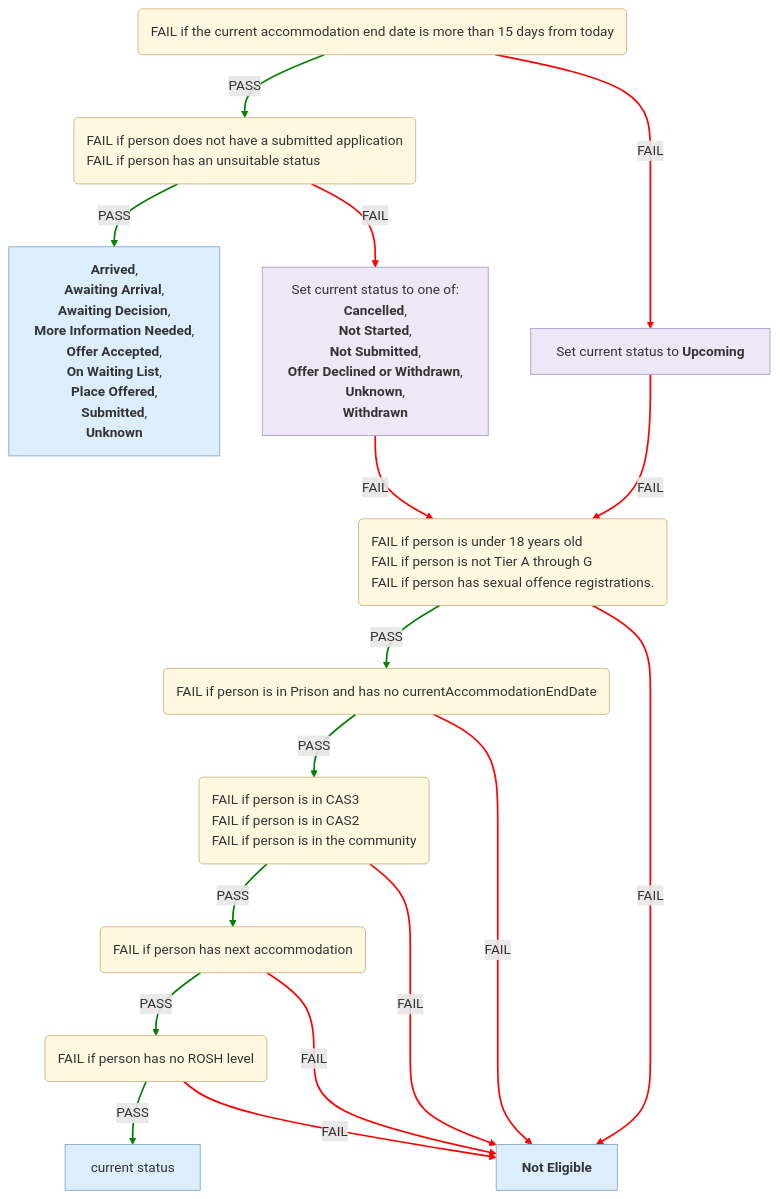
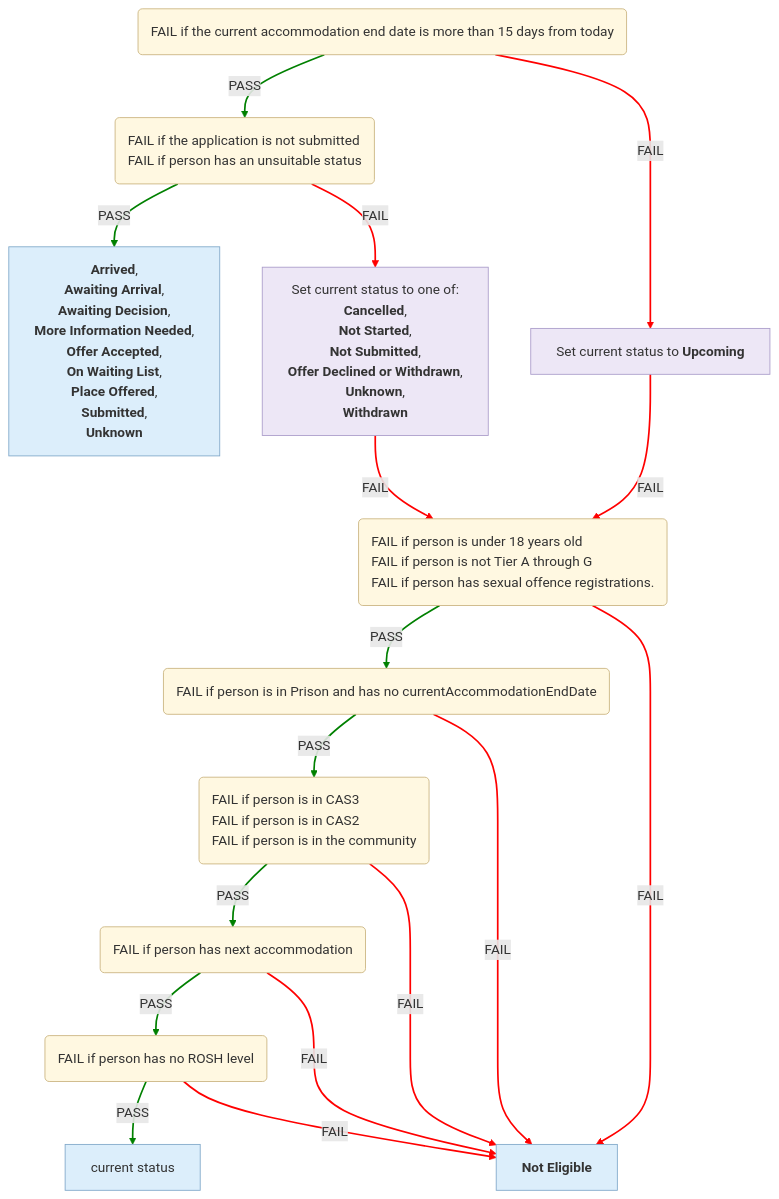
Before and after one commit to ministryofjustice/hmpps-single-accommodation-service-api: the second of 6 diagrams in docs/eligibility-rules-graph.md, drawn with Mermaid. The commit also changed other lines of this file, not shown here.

Commit message:
chore/SAS-1544-Make-language-more-natural-for-Fail-descriptions

````diff
--- a/docs/eligibility-rules-graph.md
+++ b/docs/eligibility-rules-graph.md
@@ -155,59 +135,59 @@
 ```mermaid
 %%{init: {"flowchart": {"wrappingWidth": 800}}}%%
 flowchart TD
   Upcoming("<div style='text-align:left'>FAIL if the current accommodation end date is more than 15 days from today</div>")
-  Suitability("<div style='text-align:left'>FAIL if person does not have a submitted application
+  Suitability("<div style='text-align:left'>FAIL if the application is not submitted
 FAIL if person has an unsuitable status</div>")
   outcome_Cas2CompletionContextUpdater["<b>Arrived</b>,
  <b>Awaiting Arrival</b>,
  <b>Awaiting Decision</b>,
  <b>More Information Needed</b>,
  <b>Offer Accepted</b>,
  <b>On Waiting List</b>,
  <b>Place Offered</b>,
  <b>Submitted</b>,
  <b>Unknown</b>"]
   updater_Cas2SuitabilityContextUpdater["Set current status to one of:
 <b>Cancelled</b>,
  <b>Not Started</b>,
  <b>Not Submitted</b>,
  <b>Offer Declined or Withdrawn</b>,
  <b>Unknown</b>,
  <b>Withdrawn</b>"]
   Eligibility_Person("<div style='text-align:left'>FAIL if person is under 18 years old
 FAIL if person is not Tier A through G
 FAIL if person has sexual offence registrations.</div>")
   Eligibility_Release_Date("<div style='text-align:left'>FAIL if person is in Prison and has no currentAccommodationEndDate</div>")
   Eligibility_Current_Accommodation("<div style='text-align:left'>FAIL if person is in CAS3
 FAIL if person is in CAS2
 FAIL if person is in the community</div>")
   Eligibility_Next_Accommodation("<div style='text-align:left'>FAIL if person has next accommodation</div>")
   Eligibility_Rosh("<div style='text-align:left'>FAIL if person has no ROSH level</div>")
   confirmed["current status"]
   CAS2_NOT_ELIGIBLE["<b>Not Eligible</b>"]
   updater_Cas2UpcomingContextUpdater["Set current status to <b>Upcoming</b>"]
   Suitability -->|PASS| outcome_Cas2CompletionContextUpdater
   Suitability -->|FAIL| updater_Cas2SuitabilityContextUpdater
   Eligibility_Rosh -->|PASS| confirmed
   Eligibility_Rosh -->|FAIL| CAS2_NOT_ELIGIBLE
   Eligibility_Next_Accommodation -->|PASS| Eligibility_Rosh
   Eligibility_Next_Accommodation -->|FAIL| CAS2_NOT_ELIGIBLE
   Eligibility_Current_Accommodation -->|PASS| Eligibility_Next_Accommodation
   Eligibility_Current_Accommodation -->|FAIL| CAS2_NOT_ELIGIBLE
   Eligibility_Release_Date -->|PASS| Eligibility_Current_Accommodation
   Eligibility_Release_Date -->|FAIL| CAS2_NOT_ELIGIBLE
   Eligibility_Person -->|PASS| Eligibility_Release_Date
   Eligibility_Person -->|FAIL| CAS2_NOT_ELIGIBLE
   updater_Cas2SuitabilityContextUpdater -->|FAIL| Eligibility_Person
   Upcoming -->|PASS| Suitability
   Upcoming -->|FAIL| updater_Cas2UpcomingContextUpdater
   updater_Cas2UpcomingContextUpdater -->|FAIL| Eligibility_Person
   linkStyle 0,2,4,6,8,10,13 stroke:green,stroke-width:2px
   linkStyle 1,3,5,7,9,11,12,14,15 stroke:red,stroke-width:2px
   classDef ruleSetNode fill:#FFF8E1,stroke:#C9B37E,color:#333
   classDef outcomeNode fill:#DCEEFB,stroke:#7FA7C9,color:#333
   classDef updaterNode fill:#EDE7F6,stroke:#A99BC9,color:#333
   class Upcoming,Suitability,Eligibility_Person,Eligibility_Release_Date,Eligibility_Current_Accommodation,Eligibility_Next_Accommodation,Eligibility_Rosh ruleSetNode
   class outcome_Cas2CompletionContextUpdater,confirmed,CAS2_NOT_ELIGIBLE outcomeNode
   class updater_Cas2SuitabilityContextUpdater,updater_Cas2UpcomingContextUpdater updaterNode
 ```
````
